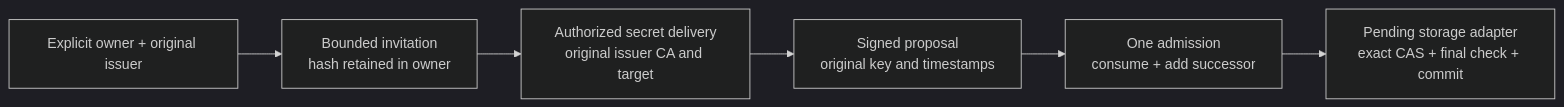
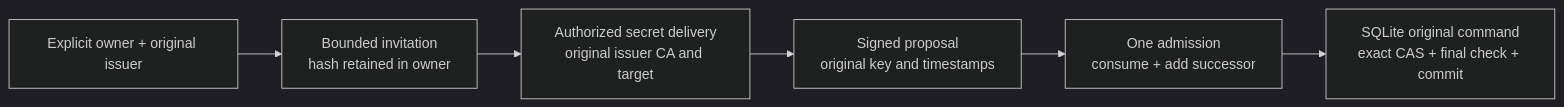
Before and after one commit to robertherbaugh/kudurru: diagram 12 of 18 in docs/architecture/configuration-and-store.md, drawn with Mermaid (dark theme). The commit also changed other lines of this file and 29 other files, not shown here.

Commit message:
feat(cluster): persist complete enrollment history in schema 9

````diff
--- a/docs/architecture/configuration-and-store.md
+++ b/docs/architecture/configuration-and-store.md
@@ -865,8 +866,8 @@
 ```mermaid
 flowchart LR
     O["Explicit owner + original issuer"] --> I["Bounded invitation<br/>hash retained in owner"]
     I --> W["Authorized secret delivery<br/>original issuer CA and target"]
     W --> P["Signed proposal<br/>original key and timestamps"]
     P --> A["One admission<br/>consume + add successor"]
-    A --> S["Pending storage adapter<br/>exact CAS + final check + commit"]
+    A --> S["SQLite original command<br/>exact CAS + final check + commit"]
 ```
````
